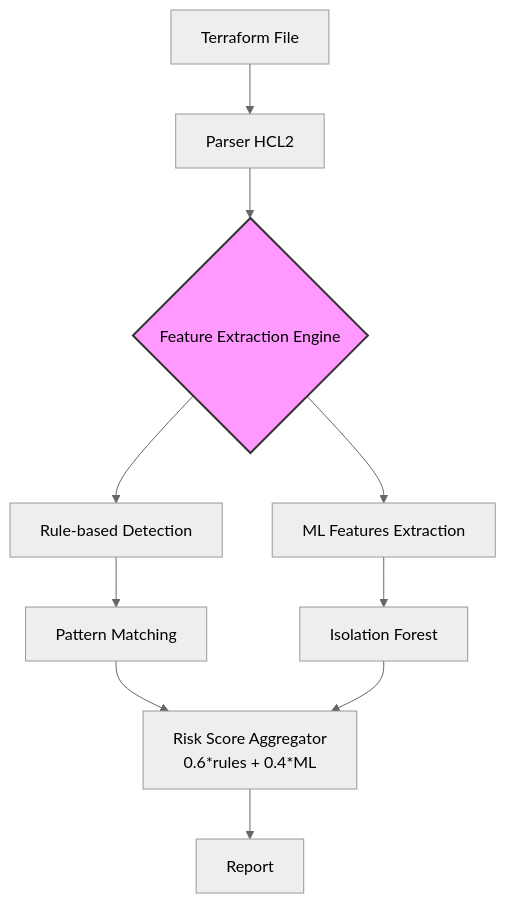
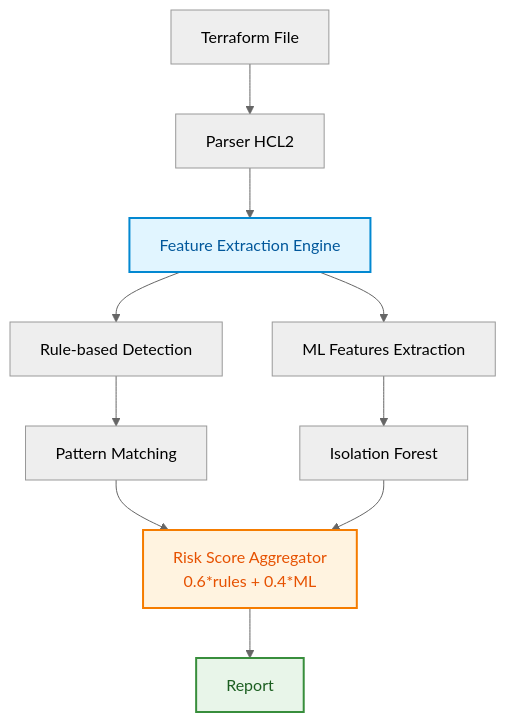
The diagram in README.md (oguarni/TerraSafe), drawn with Mermaid (neutral theme) before and after one commit.

````diff
--- a/README.md
+++ b/README.md
@@ -36,18 +36,21 @@
 ```mermaid
 graph TD
     A[Terraform File] --> B[Parser HCL2]
-    B --> C{Feature Extraction Engine}
+    B --> C[Feature Extraction Engine]
     
     C --> D[Rule-based Detection]
     C --> E[ML Features Extraction]
     
     D --> F[Pattern Matching]
     E --> G[Isolation Forest]
     
     F --> H[Risk Score Aggregator <br> 0.6*rules + 0.4*ML]
     G --> H
     
     H --> I[Report]
 
-    style C fill:#f9f,stroke:#333,stroke-width:2px
+    style C fill:#e1f5ff,stroke:#0288d1,stroke-width:2px,color:#01579b
+    style H fill:#fff3e0,stroke:#f57c00,stroke-width:2px,color:#e65100
+    style I fill:#e8f5e9,stroke:#388e3c,stroke-width:2px,color:#1b5e20
+
 ```
````
